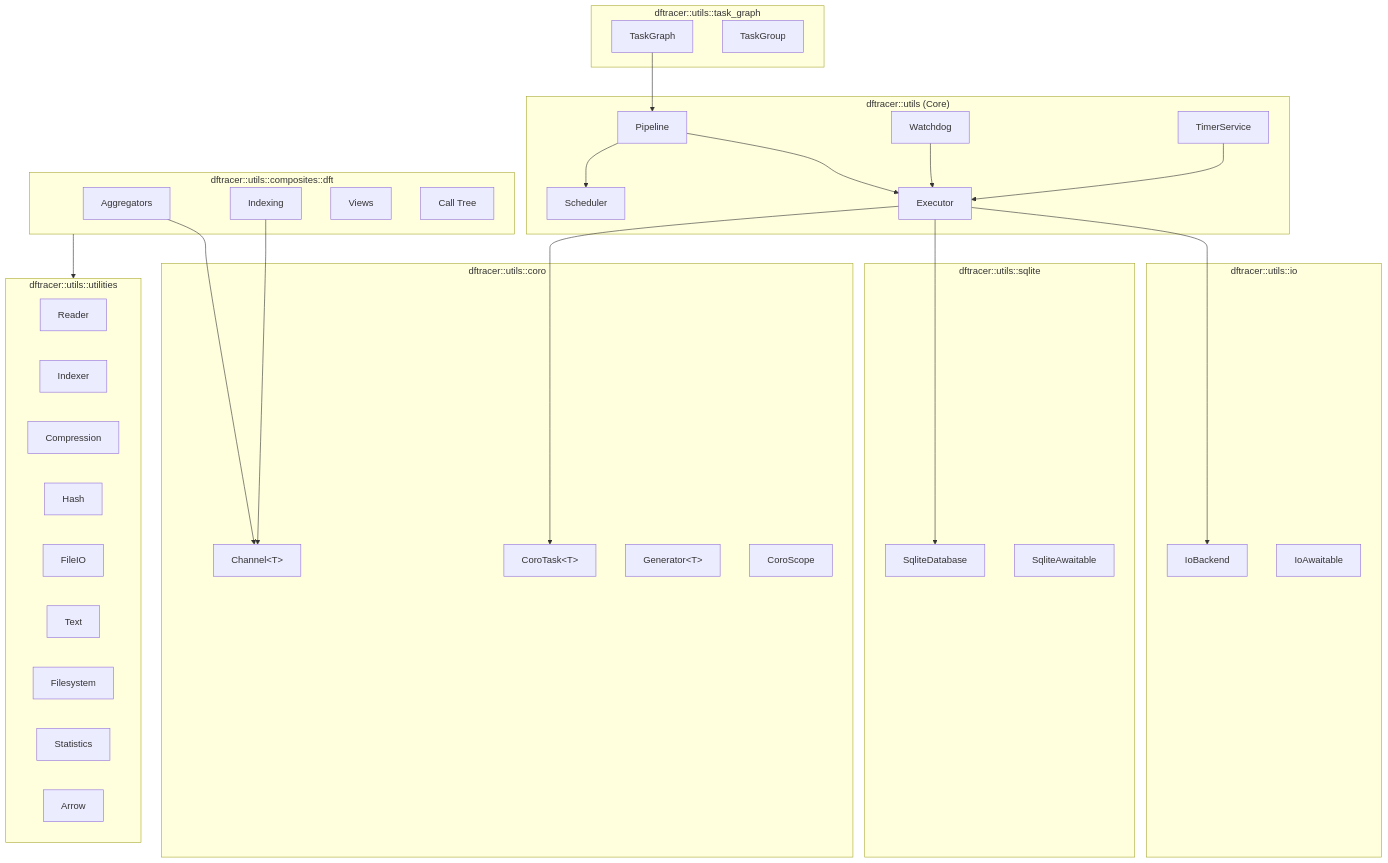
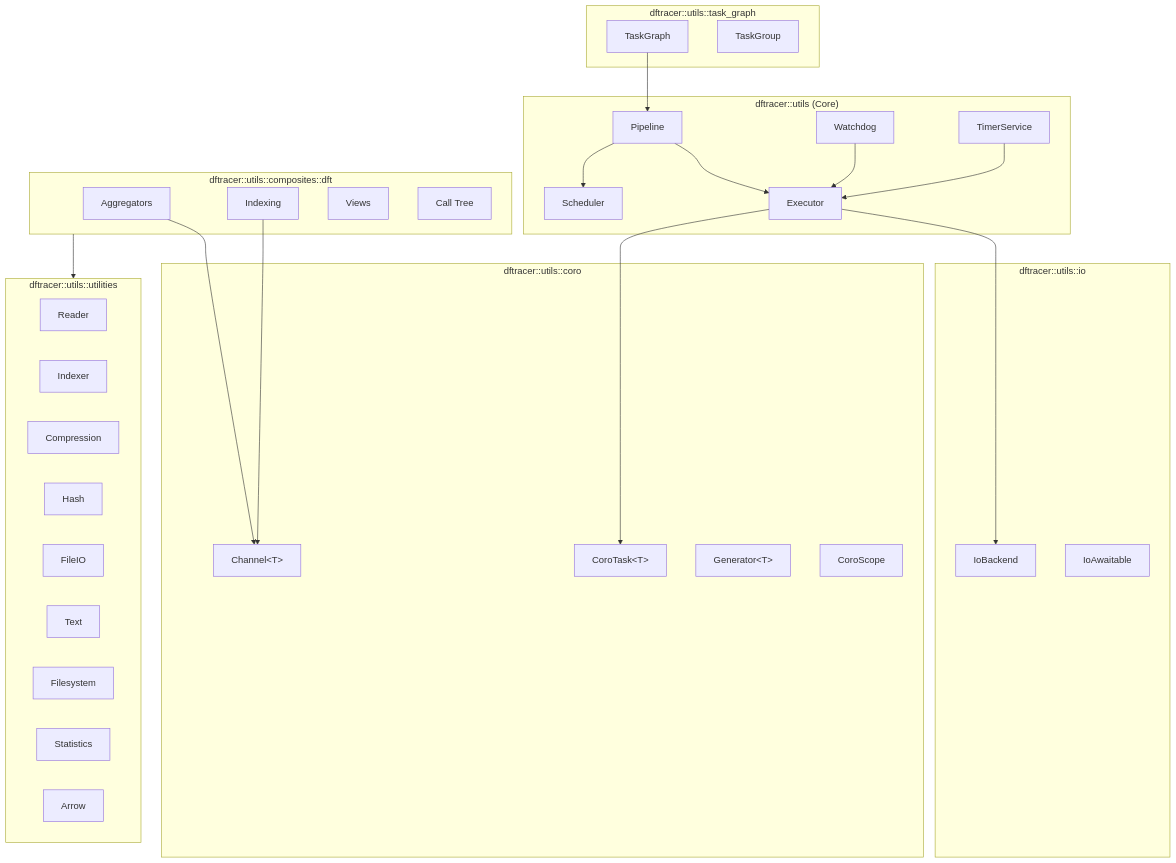
Before and after one commit to asparsa/ClarIOn: the diagram in docs/source/cpp_api/index.rst, drawn with Mermaid. The commit also changed other lines of this file and 288 other files, not shown here.

```diff
--- a/docs/source/cpp_api/index.rst
+++ b/docs/source/cpp_api/index.rst
@@ -47,63 +46,57 @@
 .. mermaid::
 
    graph TB
        subgraph Core["dftracer::utils (Core)"]
            Pipeline["Pipeline"]
            Executor["Executor"]
            Scheduler["Scheduler"]
            Watchdog["Watchdog"]
            TimerService["TimerService"]
        end
 
        subgraph Coro["dftracer::utils::coro"]
            CoroTask["CoroTask&lt;T&gt;"]
            Channel["Channel&lt;T&gt;"]
            Generator["Generator&lt;T&gt;"]
            CoroScope["CoroScope"]
        end
 
        subgraph IO["dftracer::utils::io"]
            IoBackend["IoBackend"]
            IoAwaitable["IoAwaitable"]
-       end
-
-       subgraph SQLite["dftracer::utils::sqlite"]
-           SqliteDB["SqliteDatabase"]
-           SqliteAwait["SqliteAwaitable"]
        end
 
        subgraph Utilities["dftracer::utils::utilities"]
            Reader["Reader"]
            Indexer["Indexer"]
            Compression["Compression"]
            Hash["Hash"]
            FileIO["FileIO"]
            Text["Text"]
            Filesystem["Filesystem"]
            Statistics["Statistics"]
            Arrow["Arrow"]
        end
 
        subgraph DFT["dftracer::utils::composites::dft"]
            Aggregators["Aggregators"]
            Indexing["Indexing"]
            Views["Views"]
            CallTree["Call Tree"]
        end
 
        subgraph TaskGraph["dftracer::utils::task_graph"]
            TG["TaskGraph"]
            TGrp["TaskGroup"]
        end
 
        TG --> Pipeline
        Pipeline --> Executor
        Pipeline --> Scheduler
        Executor --> IoBackend
-       Executor --> SqliteDB
        Executor --> CoroTask
        Watchdog --> Executor
        TimerService --> Executor
        DFT --> Utilities
        Aggregators --> Channel
        Indexing --> Channel
```
